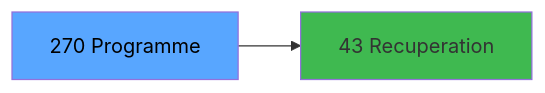
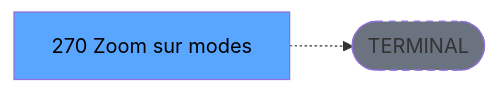
One commit to thonyAGP/lecteur-magic changed the third of 3 diagrams in .openspec/renders/ADH-IDE-270.md. Above: the diagram before and after it, drawn with Mermaid. The commit also changed other lines of this file and 701 other files, not shown here.

````diff
--- a/.openspec/renders/ADH-IDE-270.md
+++ b/.openspec/renders/ADH-IDE-270.md
@@ -144,8 +134,8 @@
 ```mermaid
 graph LR
-    T[270 Programme]
-    C43[43 Recuperation]
-    T --> C43
+    T[270 Zoom sur modes ]
+    TERM([TERMINAL])
+    T -.-> TERM
+    style TERM fill:#6b7280,stroke-dasharray: 5 5
     style T fill:#58a6ff,color:#000
-    style C43 fill:#3fb950
 ```
````
